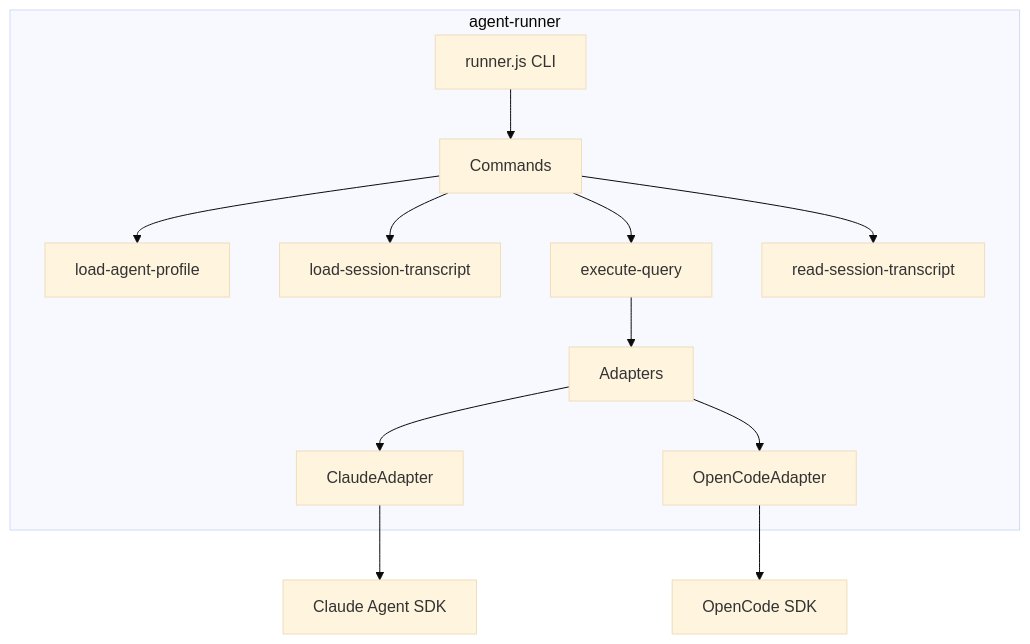
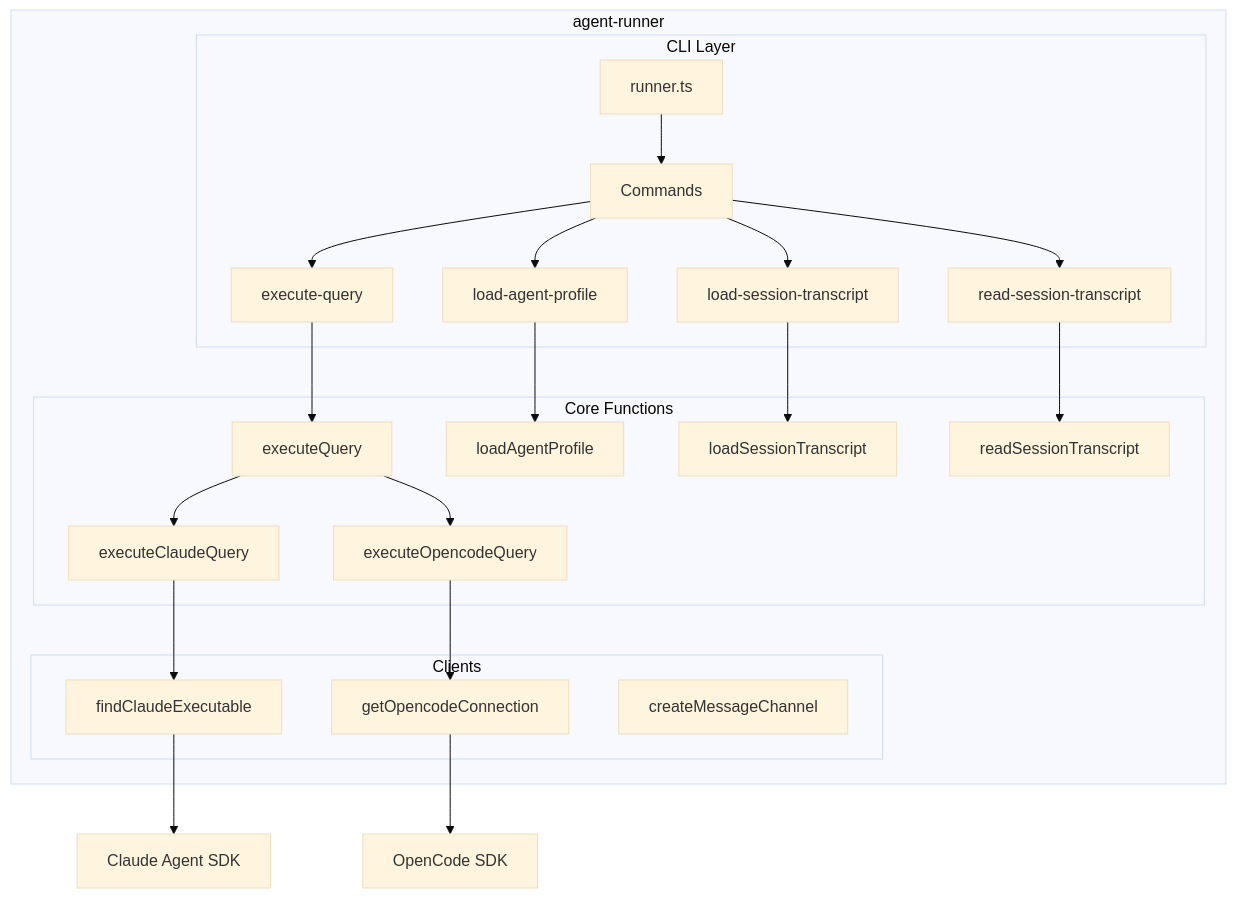
The diagram in docs/packages/agent-runner.md (hhopkins95/ai-systems), drawn with Mermaid (base theme) before and after one commit. The commit also changed other lines of this file and 5 other files, not shown here.

Commit message:
Refactor agent-runner documentation to enhance clarity and structure. Introduce core functions for direct import, update architecture diagrams, and improve usage examples. Remove outdated initiative and architecture plan documents to streamline the repository.

````diff
--- a/docs/packages/agent-runner.md
+++ b/docs/packages/agent-runner.md
@@ -15,17 +16,40 @@
 ```mermaid
 flowchart TB
     subgraph agent-runner
-        CLI[runner.js CLI] --> Commands
-        Commands --> LProfile[load-agent-profile]
-        Commands --> LTranscript[load-session-transcript]
-        Commands --> ExecQuery[execute-query]
-        Commands --> ReadTranscript[read-session-transcript]
+        subgraph core [Core Functions]
+            ExecQuery[executeQuery]
+            ExecClaude[executeClaudeQuery]
+            ExecOpencode[executeOpencodeQuery]
+            LoadProfile[loadAgentProfile]
+            LoadTranscript[loadSessionTranscript]
+            ReadTranscript[readSessionTranscript]
+        end
 
-        ExecQuery --> Adapters
-        Adapters --> Claude[ClaudeAdapter]
-        Adapters --> OpenCode[OpenCodeAdapter]
+        subgraph clients [Clients]
+            Claude[findClaudeExecutable]
+            OpenCode[getOpencodeConnection]
+            Channel[createMessageChannel]
+        end
+
+        subgraph cli [CLI Layer]
+            Runner[runner.ts] --> Commands
+            Commands --> CLIExec[execute-query]
+            Commands --> CLIProfile[load-agent-profile]
+            Commands --> CLILoad[load-session-transcript]
+            Commands --> CLIRead[read-session-transcript]
+        end
+
+        CLIExec --> ExecQuery
+        CLIProfile --> LoadProfile
+        CLILoad --> LoadTranscript
+        CLIRead --> ReadTranscript
+
+        ExecQuery --> ExecClaude
+        ExecQuery --> ExecOpencode
+        ExecClaude --> Claude
+        ExecOpencode --> OpenCode
     end
 
     Claude --> SDK1[Claude Agent SDK]
     OpenCode --> SDK2[OpenCode SDK]
 ```
````
